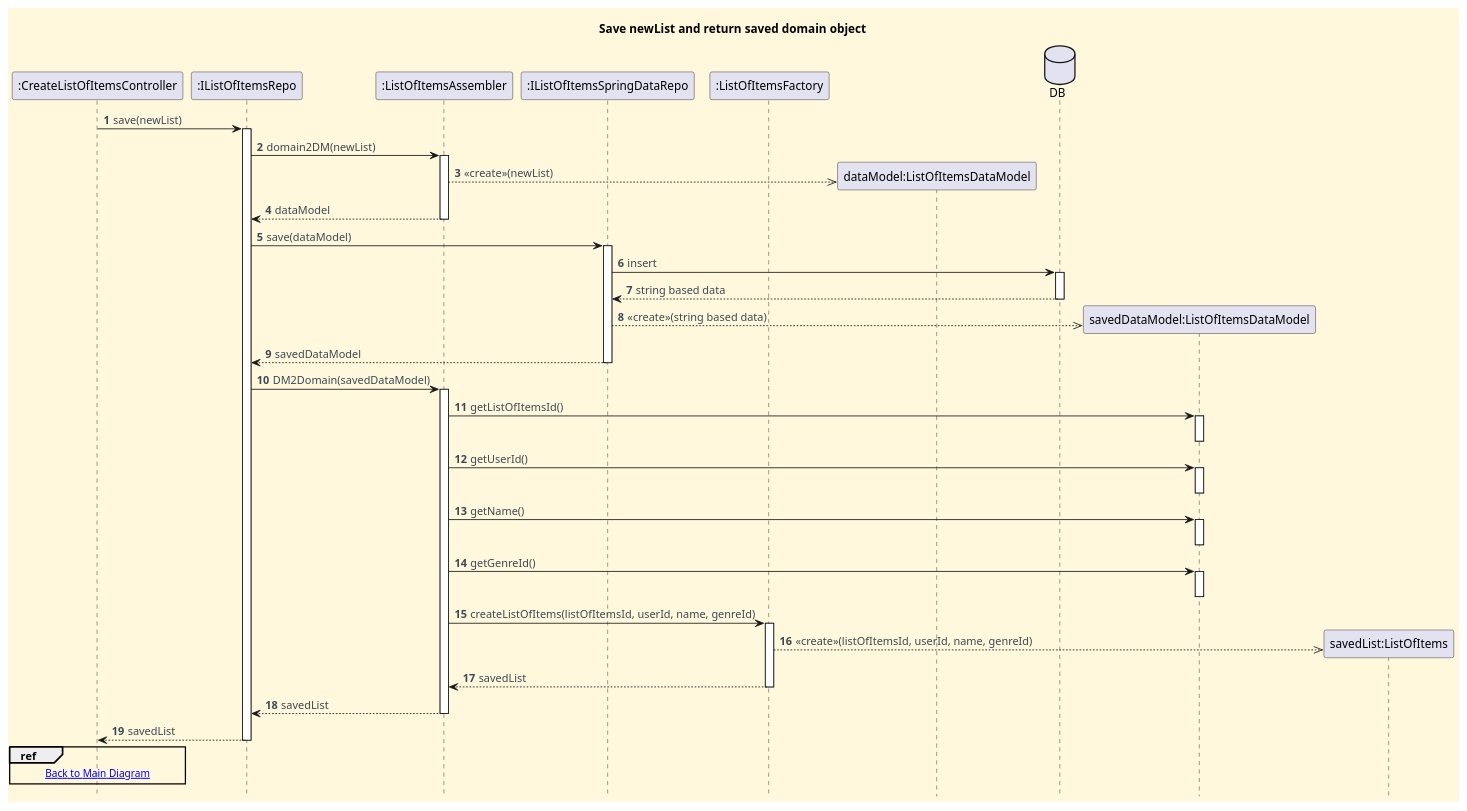
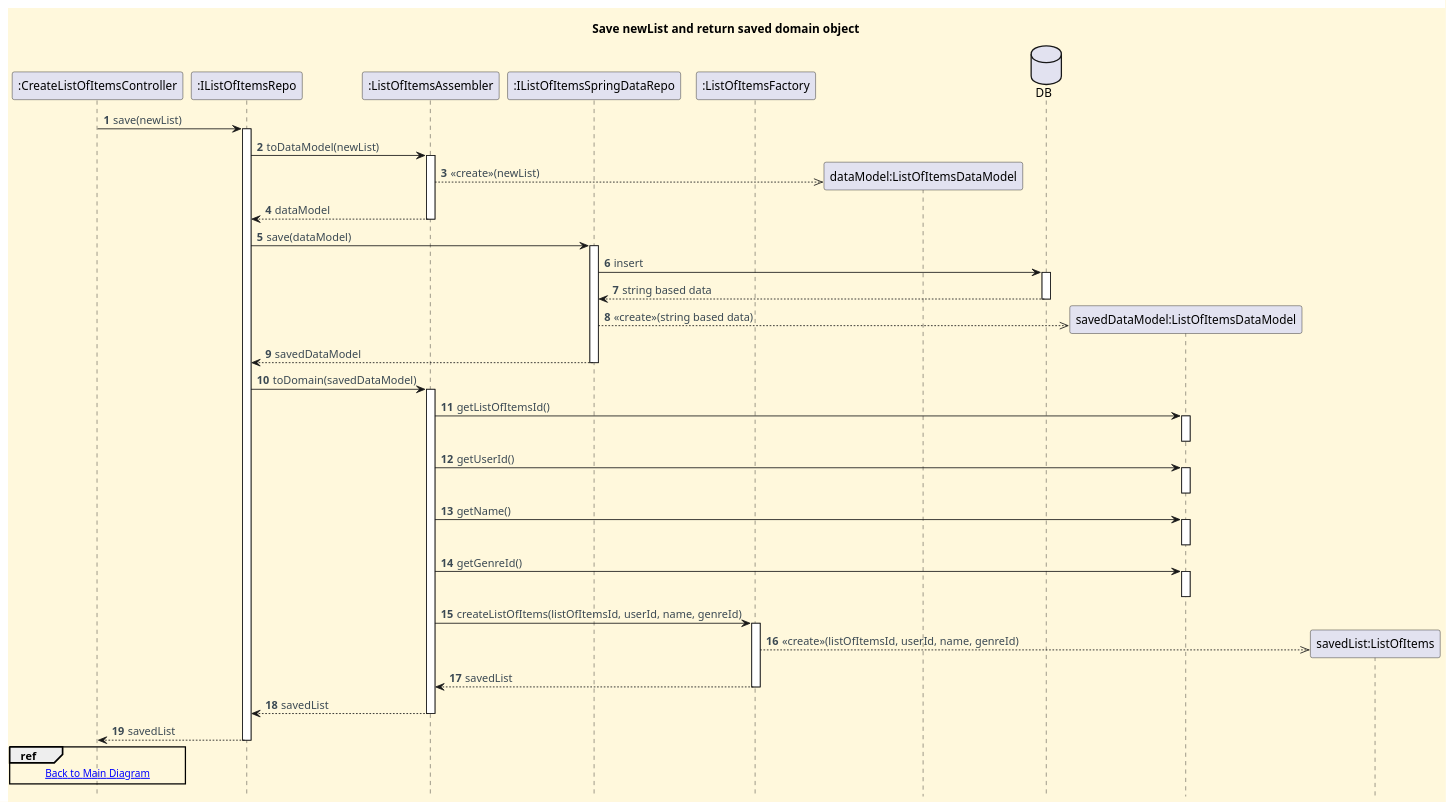
The diagram in docs/functionalities/user/create-private-list-of-my-publications/sd-ref_diagrams/Save_ListOfItems.puml (CarolinaLeite-collab/JavaMarketplacePlatform), drawn with PlantUML before and after one commit. The commit also changed 1 other file, not shown here.

Commit message:
Refactor: Update US017 CD and Save SD ref diagram, Refs: #779

```diff
--- a/docs/functionalities/user/create-private-list-of-my-publications/sd-ref_diagrams/Save_ListOfItems.puml
+++ b/docs/functionalities/user/create-private-list-of-my-publications/sd-ref_diagrams/Save_ListOfItems.puml
@@ -1,82 +1,82 @@
 @startuml
 title Save newList and return saved domain object
 hide footbox
 
 skinparam monochrome false
 skinparam shadowing false
 skinparam defaultFontName Futura
 skinparam objectFontSize 20
 skinparam backgroundColor CornSilk
 skinparam objectBackgroundColor WhiteSmoke
 skinparam noteBackgroundColor #FFFFE0
 skinparam ArrowFontColor #3B4953
 skinparam ActivationBackgroundColor black
 
 autonumber
 autoactivate off
 
 participant ":CreateListOfItemsController" as Ctl
 participant ":IListOfItemsRepo" as IRepo
 participant ":ListOfItemsAssembler" as Assembler
 participant ":IListOfItemsSpringDataRepo" as jpa
 participant ":ListOfItemsFactory" as Factory
 
 "Ctl" -> IRepo : save(newList)
 activate IRepo
 
-IRepo -> Assembler : domain2DM(newList)
+IRepo -> Assembler : toDataModel(newList)
 activate Assembler
 create "dataModel:ListOfItemsDataModel"
 Assembler -->> "dataModel:ListOfItemsDataModel" : <<create>>(newList)
 Assembler --> IRepo : dataModel
 deactivate Assembler
 
 IRepo -> jpa : save(dataModel)
 activate jpa
 database "DB" as DB
 jpa -> DB : insert
 activate DB
 DB --> jpa : string based data
 deactivate DB
 create "savedDataModel:ListOfItemsDataModel"
 jpa -->> "savedDataModel:ListOfItemsDataModel" : <<create>>(string based data)
 jpa --> IRepo : savedDataModel
 deactivate jpa
 
-IRepo -> Assembler : DM2Domain(savedDataModel)
+IRepo -> Assembler : toDomain(savedDataModel)
 activate Assembler
 
 Assembler -> "savedDataModel:ListOfItemsDataModel" : getListOfItemsId()
 activate "savedDataModel:ListOfItemsDataModel"
 deactivate "savedDataModel:ListOfItemsDataModel"
 
 Assembler -> "savedDataModel:ListOfItemsDataModel" : getUserId()
 activate "savedDataModel:ListOfItemsDataModel"
 deactivate "savedDataModel:ListOfItemsDataModel"
 
 Assembler -> "savedDataModel:ListOfItemsDataModel" : getName()
 activate "savedDataModel:ListOfItemsDataModel"
 deactivate "savedDataModel:ListOfItemsDataModel"
 
 Assembler -> "savedDataModel:ListOfItemsDataModel" : getGenreId()
 activate "savedDataModel:ListOfItemsDataModel"
 deactivate "savedDataModel:ListOfItemsDataModel"
 
 Assembler -> Factory : createListOfItems(listOfItemsId, userId, name, genreId)
 activate Factory
 create "savedList:ListOfItems"
 Factory -->> "savedList:ListOfItems" : <<create>>(listOfItemsId, userId, name, genreId)
 Factory --> Assembler : savedList
 deactivate Factory
 
 Assembler --> IRepo : savedList
 deactivate Assembler
 
 IRepo --> Ctl : savedList
 deactivate IRepo
 
 ref over Ctl
-[[../Create_ListOfItems_SD.puml Back to Main Diagram]]
+[[../To_Create_A_Private_List_Of_My_Publications_SD.puml Back to Main Diagram]]
 end ref
 
 @enduml
```
